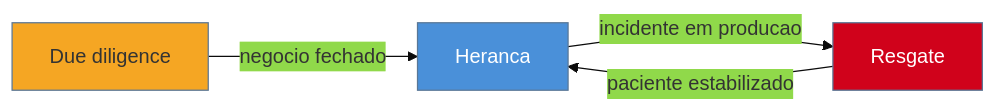
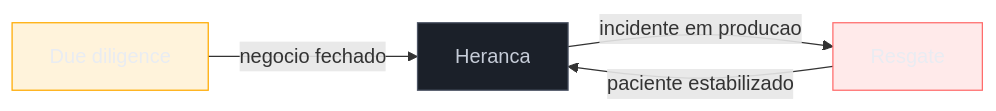
Before and after one commit to josenaldo/codex-technomanticus: the second of 2 diagrams in 03-Dominios/Engenharia/Arqueologia e Restauração de Software/28 - Capstone - Assumindo um sistema legado do zero.md, drawn with Mermaid. The commit also changed other lines of this file and 1181 other files, not shown here.

First line of the commit message:
fix(diagramas): paleta do sistema no lugar de cor cravada no markdown

````diff
--- a/03-Dominios/Engenharia/Arqueologia e Restauração de Software/28 - Capstone - Assumindo um sistema legado do zero.md
+++ b/03-Dominios/Engenharia/Arqueologia e Restauração de Software/28 - Capstone - Assumindo um sistema legado do zero.md
@@ -69,10 +71,12 @@
 ```mermaid
-%%{init: {"theme": "base", "themeVariables": {"primaryColor": "#4A90D9"}}}%%
 graph LR
+    classDef destaque fill:#FFAA0024,stroke:#FFAA00,color:#E9ECF2
+    classDef neutro fill:#1B2029,stroke:#4E5666,color:#C6CCD8
+    classDef falha fill:#FF6B6B24,stroke:#FF6B6B,color:#E9ECF2
     DD[Due diligence] -->|negocio fechado| HE[Heranca]
     HE -->|incidente em producao| RE[Resgate]
     RE -->|paciente estabilizado| HE
-    style DD fill:#F5A623
-    style HE fill:#4A90D9,color:#fff
-    style RE fill:#D0021B,color:#fff
+    class DD destaque
+    class HE neutro
+    class RE falha
 ```
````
